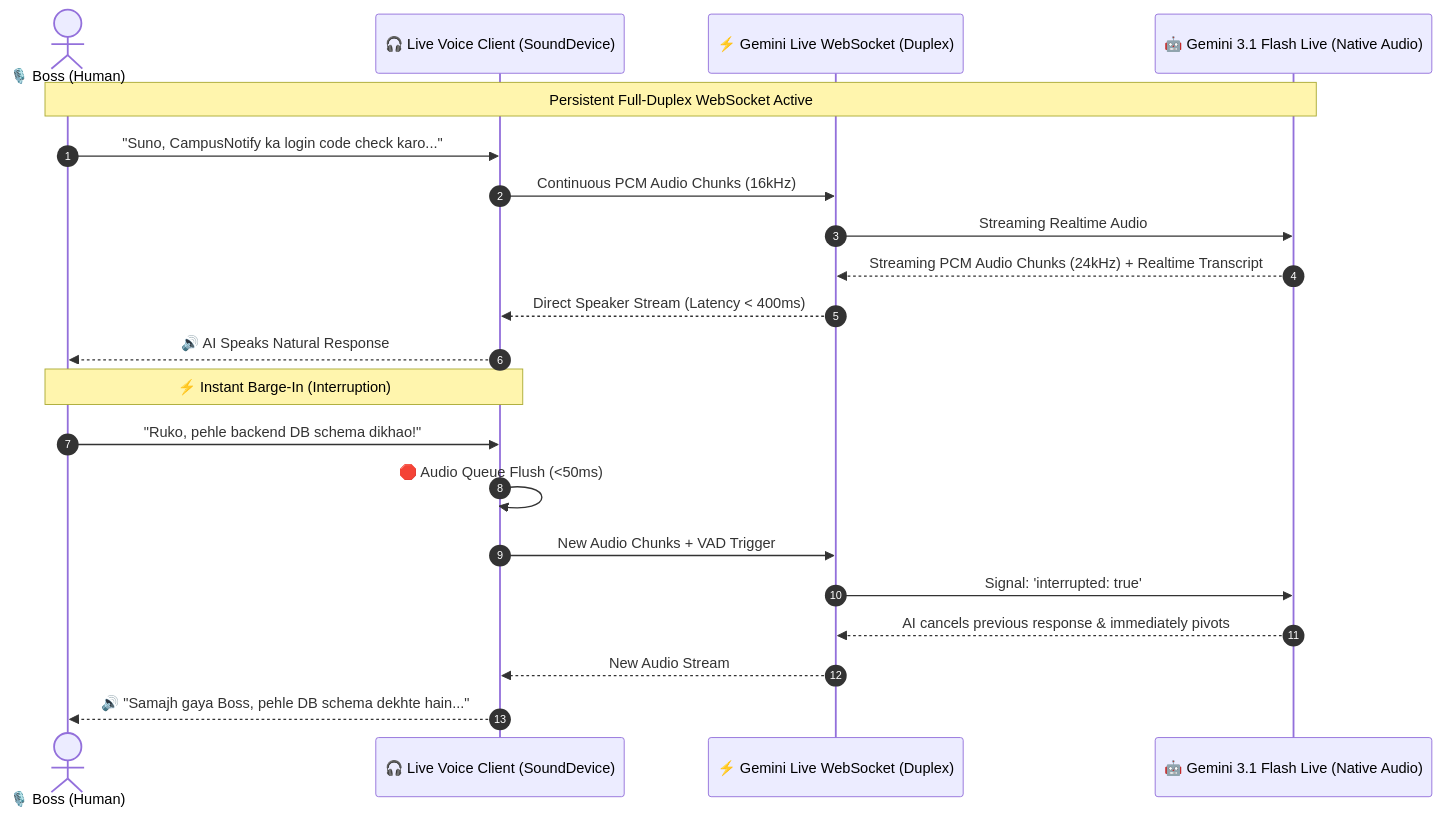
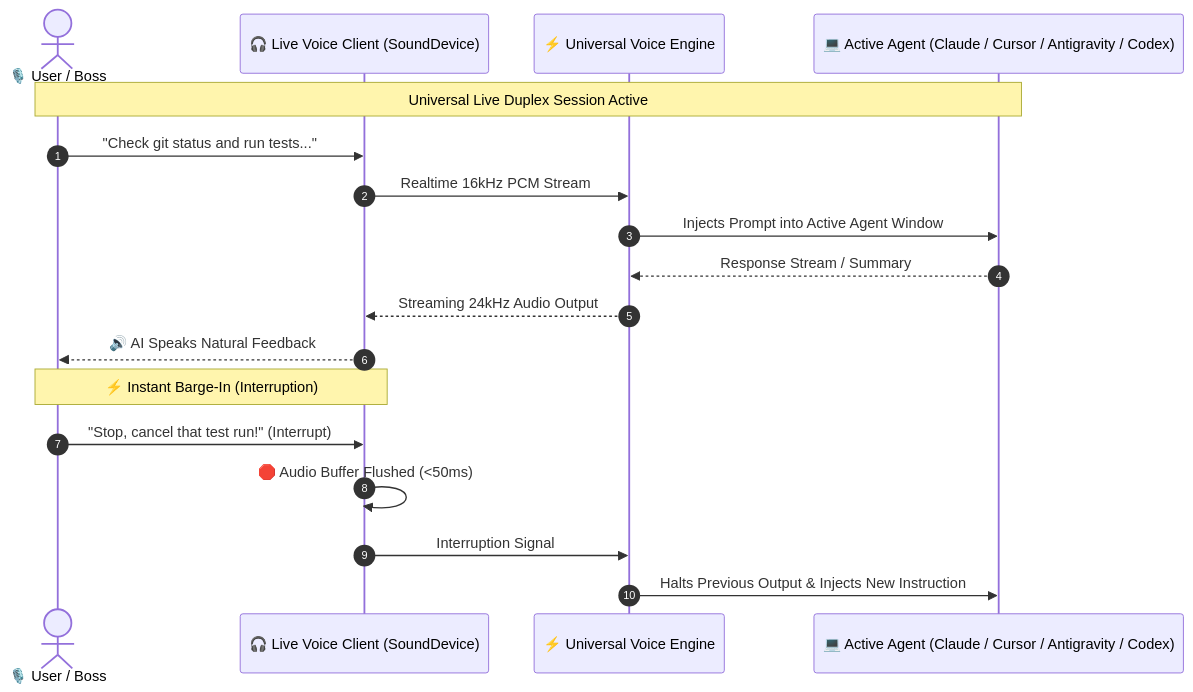
Before and after one commit to ATP0925/live-voice-responder: the diagram in README.md, drawn with Mermaid. The commit also changed other lines of this file and 24 other files, not shown here.

Commit message:
feat(universal): make live voice responder cross-agent agnostic for Claude Code, Cursor, Codex, Antigravity, and Windsurf

````diff
--- a/README.md
+++ b/README.md
@@ -33,25 +50,22 @@
 ```mermaid
 sequenceDiagram
     autonumber
-    actor Boss as 🎙️ Boss (Human)
+    actor User as 🎙️ User / Boss
     participant Client as 🎧 Live Voice Client (SoundDevice)
-    participant LiveEngine as ⚡ Gemini Live WebSocket (Duplex)
-    participant Model as 🤖 Gemini 3.1 Flash Live (Native Audio)
+    participant Core as ⚡ Universal Voice Engine
+    participant Target as 💻 Active Agent (Claude / Cursor / Antigravity / Codex)
 
-    Note over Boss,Model: Persistent Full-Duplex WebSocket Active
-    Boss->>Client: "Suno, CampusNotify ka login code check karo..."
-    Client->>LiveEngine: Continuous PCM Audio Chunks (16kHz)
-    LiveEngine->>Model: Streaming Realtime Audio
-    Model-->>LiveEngine: Streaming PCM Audio Chunks (24kHz) + Realtime Transcript
-    LiveEngine-->>Client: Direct Speaker Stream (Latency < 400ms)
-    Client-->>Boss: 🔊 AI Speaks Natural Response
+    Note over User,Target: Universal Live Duplex Session Active
+    User->>Client: "Check git status and run tests..."
+    Client->>Core: Realtime 16kHz PCM Stream
+    Core->>Target: Injects Prompt into Active Agent Window
+    Target-->>Core: Response Stream / Summary
+    Core-->>Client: Streaming 24kHz Audio Output
+    Client-->>User: 🔊 AI Speaks Natural Feedback
 
-    Note over Boss,Client: ⚡ Instant Barge-In (Interruption)
-    Boss->>Client: "Ruko, pehle backend DB schema dikhao!"
-    Client->>Client: 🛑 Audio Queue Flush (<50ms)
-    Client->>LiveEngine: New Audio Chunks + VAD Trigger
-    LiveEngine->>Model: Signal: 'interrupted: true'
-    Model-->>LiveEngine: AI cancels previous response & immediately pivots
-    LiveEngine-->>Client: New Audio Stream
-    Client-->>Boss: 🔊 "Samajh gaya Boss, pehle DB schema dekhte hain..."
+    Note over User,Client: ⚡ Instant Barge-In (Interruption)
+    User->>Client: "Stop, cancel that test run!" (Interrupt)
+    Client->>Client: 🛑 Audio Buffer Flushed (<50ms)
+    Client->>Core: Interruption Signal
+    Core->>Target: Halts Previous Output & Injects New Instruction
 ```
````
